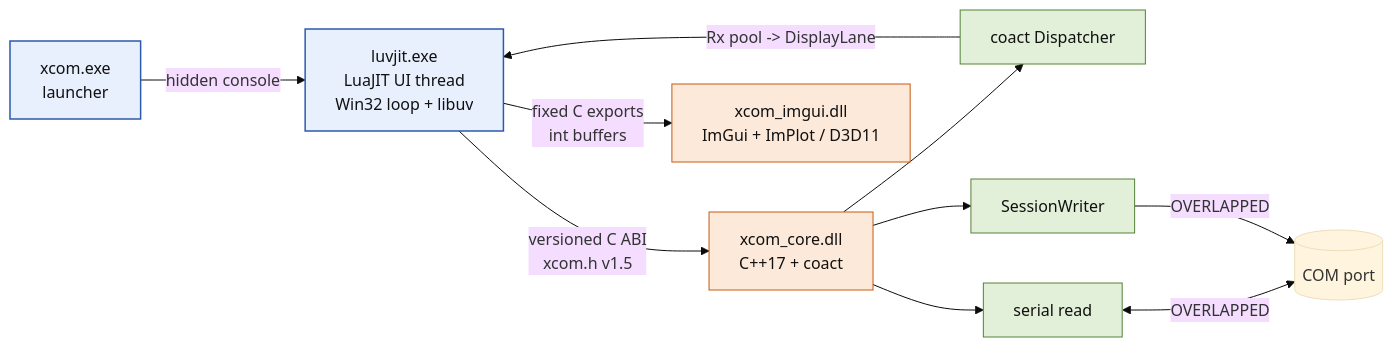
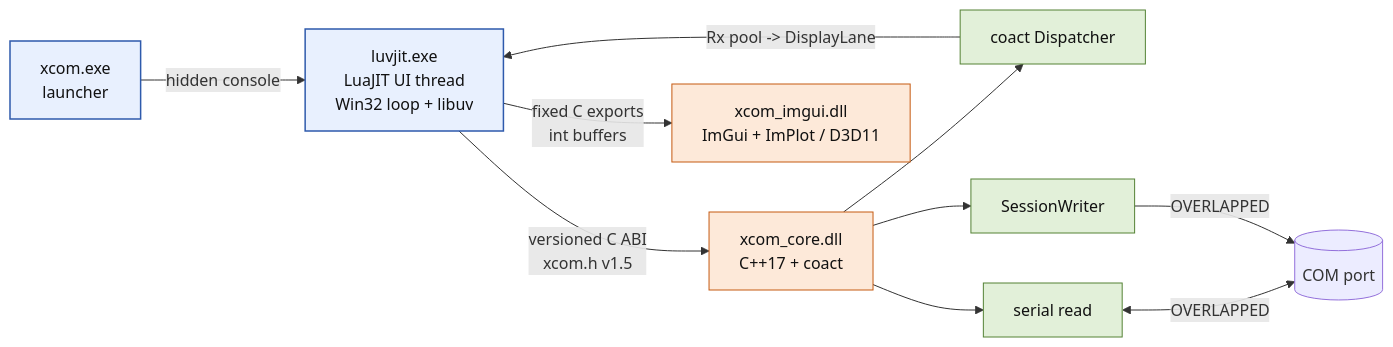
One commit to DeguiLiu/xcom_lua changed the first of 2 diagrams in README.md. Above: the diagram before and after it, drawn with Mermaid. The commit also changed other lines of this file and 8 other files, not shown here.

````diff
--- a/README.md
+++ b/README.md
@@ -11,17 +11,16 @@
 ```mermaid
-%%{init: {'theme':'base','themeVariables':{'fontFamily':'monospace'}}}%%
 flowchart LR
   classDef proc fill:#E8F0FE,stroke:#2E5AAC,color:#111,stroke-width:1.5px
   classDef dll fill:#FDE9D9,stroke:#C55A11,color:#111
   classDef th fill:#E2F0D9,stroke:#548235,color:#111
 
   EXE["xcom.exe<br/>launcher"]:::proc -->|"hidden console"| LJ["luvjit.exe<br/>LuaJIT UI thread<br/>Win32 loop + libuv"]:::proc
   LJ -->|"versioned C ABI<br/>xcom.h v1.5"| CORE["xcom_core.dll<br/>C++17 + coact"]:::dll
   LJ -->|"fixed C exports<br/>int buffers"| IMG["xcom_imgui.dll<br/>ImGui + ImPlot / D3D11"]:::dll
   CORE --> D["coact Dispatcher"]:::th
   CORE --> W["SessionWriter"]:::th
   CORE --> R["serial read"]:::th
   R <-->|"OVERLAPPED"| COM[("COM port")]
   W -->|"OVERLAPPED"| COM
   D -->|"Rx pool -> DisplayLane"| LJ
 ```
````
